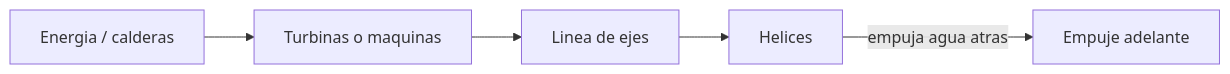
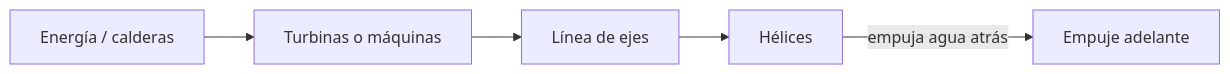
One commit to vladimiracunadev-create/machine-operator-program changed the second of 2 diagrams in vehiculos/acorazados/operacion/sistemas-mecanicos-acorazado.md. Above: the diagram before and after it, drawn with Mermaid. The commit also changed other lines of this file and 442 other files, not shown here.

````diff
--- a/vehiculos/acorazados/operacion/sistemas-mecanicos-acorazado.md
+++ b/vehiculos/acorazados/operacion/sistemas-mecanicos-acorazado.md
@@ -70,7 +70,7 @@
 ```mermaid
 flowchart LR
-    Caldera[Energia / calderas] --> Turbina[Turbinas o maquinas]
-    Turbina --> Eje[Linea de ejes]
-    Eje --> Helice[Helices]
-    Helice -->|empuja agua atras| Empuje[Empuje adelante]
+    Caldera[Energía / calderas] --> Turbina[Turbinas o máquinas]
+    Turbina --> Eje[Línea de ejes]
+    Eje --> Helice[Hélices]
+    Helice -->|empuja agua atrás| Empuje[Empuje adelante]
 ```
````
